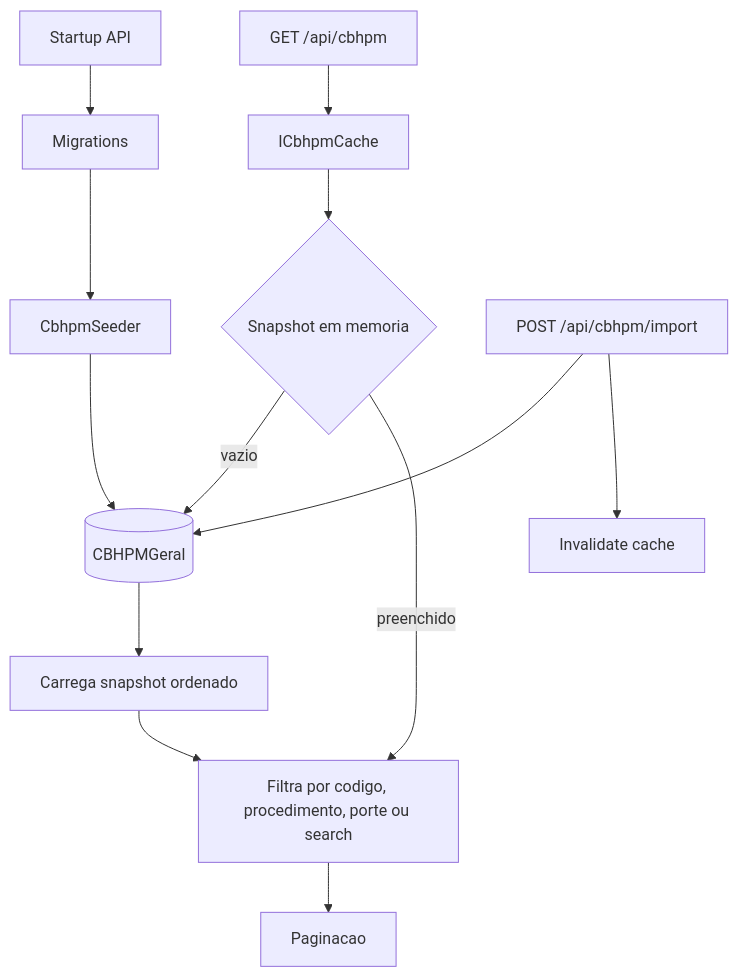
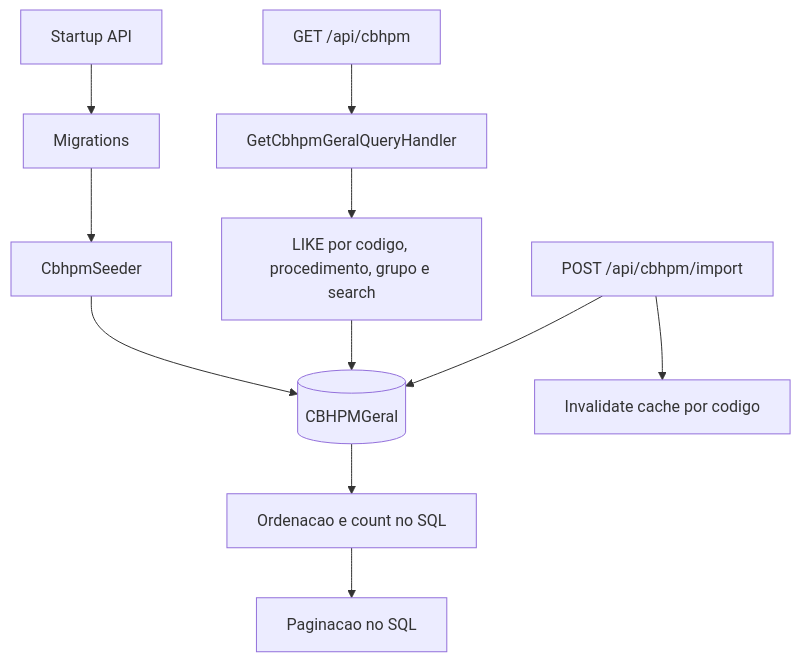
The sixth of 6 diagrams in docs/TECHNICAL_DOCUMENTATION.md (Hemodinks/hemodinks-api), drawn with Mermaid before and after one commit. The commit also changed 6 other files, not shown here.

````diff
--- a/docs/TECHNICAL_DOCUMENTATION.md
+++ b/docs/TECHNICAL_DOCUMENTATION.md
@@ -200,15 +200,13 @@
 ```mermaid
 flowchart TD
     Startup[Startup API] --> Migration[Migrations]
     Migration --> Seed[CbhpmSeeder]
     Seed --> Table[(CBHPMGeral)]
-    Request[GET /api/cbhpm] --> Cache[ICbhpmCache]
-    Cache --> Memory{Snapshot em memoria}
-    Memory -- vazio --> Table
-    Table --> Snapshot[Carrega snapshot ordenado]
-    Snapshot --> Filter[Filtra por codigo, procedimento, porte ou search]
-    Memory -- preenchido --> Filter
-    Filter --> Pagination[Paginacao]
+    Request[GET /api/cbhpm] --> Handler[GetCbhpmGeralQueryHandler]
+    Handler --> Filter[LIKE por codigo, procedimento, grupo e search]
+    Filter --> Table
+    Table --> Sort[Ordenacao e count no SQL]
+    Sort --> Pagination[Paginacao no SQL]
     Import[POST /api/cbhpm/import] --> Table
-    Import --> Invalidate[Invalidate cache]
+    Import --> Invalidate[Invalidate cache por codigo]
 ```
````
